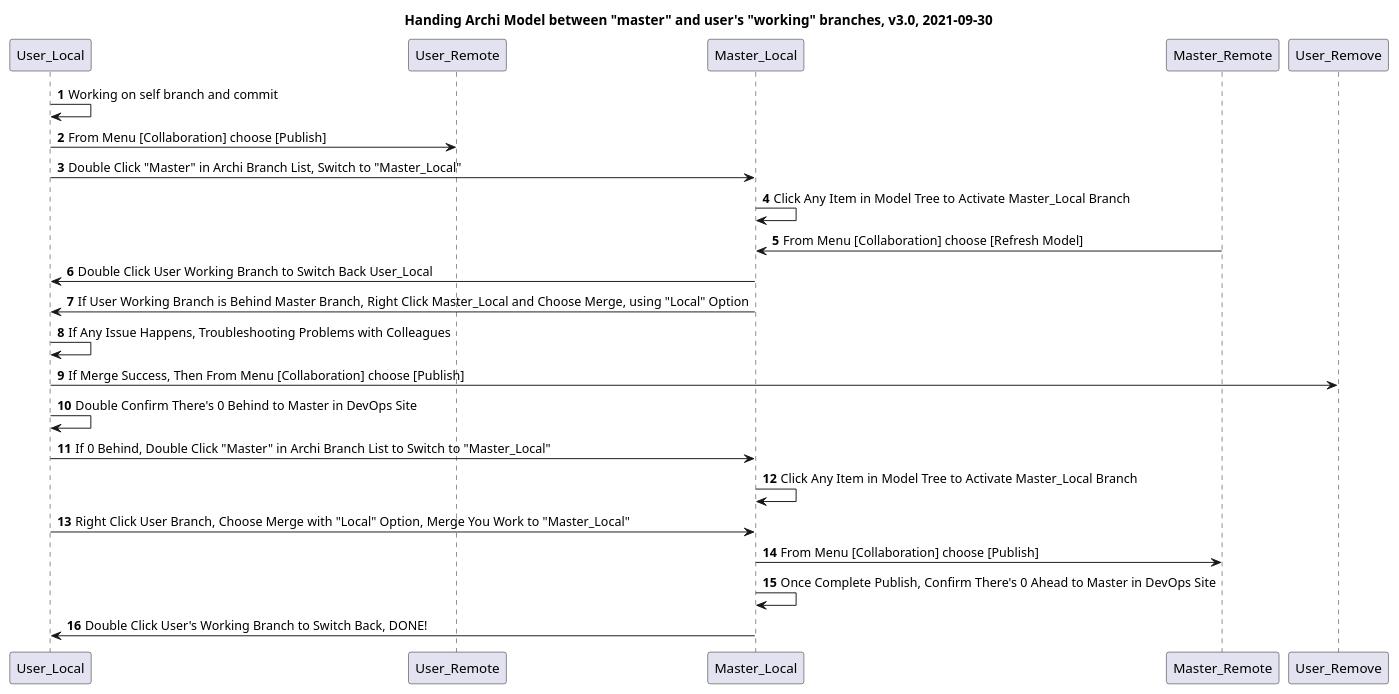
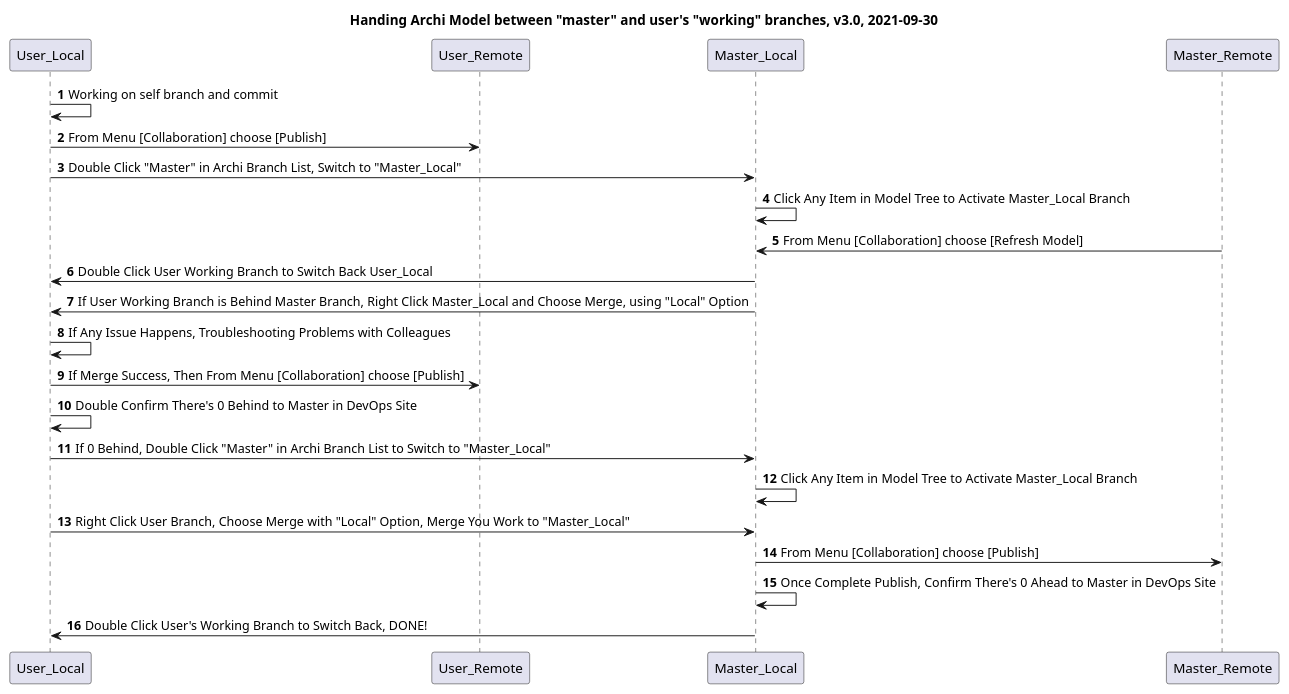
One commit to yasenstar/info_zone changed the diagram in archi/handle_branch.puml. Above: the diagram before and after it, drawn with PlantUML.

Commit message:
Update Archi Branch Handling using PlantUML

```diff
--- a/archi/handle_branch.puml
+++ b/archi/handle_branch.puml
@@ -1,25 +1,25 @@
 @startuml
 'https://plantuml.com/sequence-diagram
 
 title Handing Archi Model between "master" and user's "working" branches, v3.0, 2021-09-30
 
 autonumber
 
 User_Local -> User_Local: Working on self branch and commit
 User_Local -> User_Remote: From Menu [Collaboration] choose [Publish]
 User_Local -> Master_Local: Double Click "Master" in Archi Branch List, Switch to "Master_Local"
 Master_Local -> Master_Local: Click Any Item in Model Tree to Activate Master_Local Branch
 Master_Remote -> Master_Local: From Menu [Collaboration] choose [Refresh Model]
 Master_Local -> User_Local: Double Click User Working Branch to Switch Back User_Local
 Master_Local -> User_Local: If User Working Branch is Behind Master Branch, Right Click Master_Local and Choose Merge, using "Local" Option
 User_Local -> User_Local: If Any Issue Happens, Troubleshooting Problems with Colleagues
-User_Local -> User_Remove: If Merge Success, Then From Menu [Collaboration] choose [Publish]
+User_Local -> User_Remote: If Merge Success, Then From Menu [Collaboration] choose [Publish]
 User_Local -> User_Local: Double Confirm There's 0 Behind to Master in DevOps Site
 User_Local -> Master_Local: If 0 Behind, Double Click "Master" in Archi Branch List to Switch to "Master_Local"
 Master_Local -> Master_Local: Click Any Item in Model Tree to Activate Master_Local Branch
 User_Local -> Master_Local: Right Click User Branch, Choose Merge with "Local" Option, Merge You Work to "Master_Local"
 Master_Local -> Master_Remote: From Menu [Collaboration] choose [Publish]
 Master_Local -> Master_Local: Once Complete Publish, Confirm There's 0 Ahead to Master in DevOps Site
 Master_Local -> User_Local: Double Click User's Working Branch to Switch Back, DONE!
 
 @enduml
```
